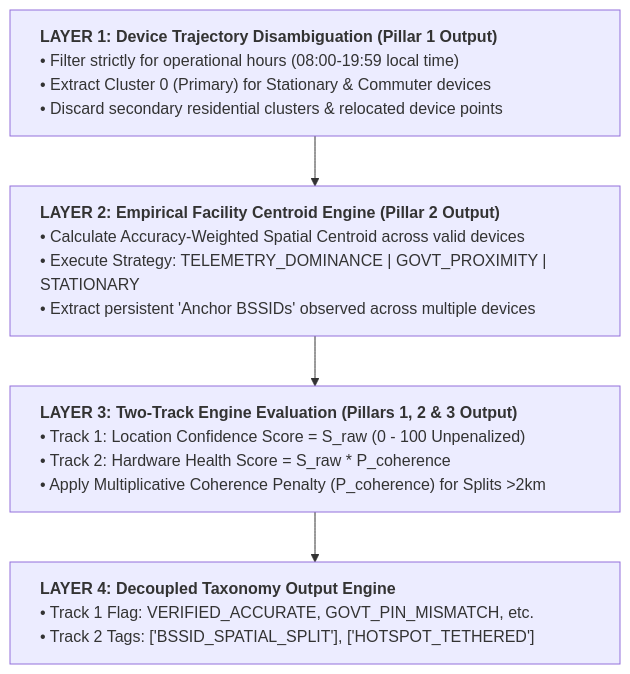
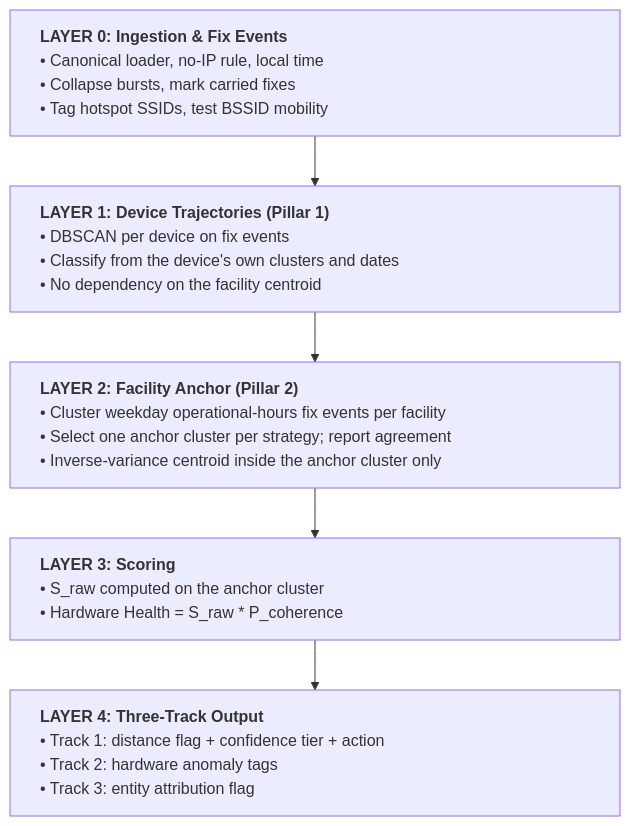
The first of 5 diagrams in docs/blueprint/technical_blueprint.md (unicef/gigameter-research), drawn with Mermaid before and after one commit. The commit also changed other lines of this file and 10 other files, not shown here.

````diff
--- a/docs/blueprint/technical_blueprint.md
+++ b/docs/blueprint/technical_blueprint.md
@@ -40,14 +58,14 @@
 ```mermaid
 graph TD
-    L1["<div style='width: 550px; text-align: left;'><b>LAYER 1: Device Trajectory Disambiguation (Pillar 1 Output)</b><br/>• Filter strictly for operational hours (08:00-19:59 local time)<br/>• Extract Cluster 0 (Primary) for Stationary & Commuter devices<br/>• Discard secondary residential clusters & relocated device points</div>"]
-    
-    L2["<div style='width: 550px; text-align: left;'><b>LAYER 2: Empirical Facility Centroid Engine (Pillar 2 Output)</b><br/>• Calculate Accuracy-Weighted Spatial Centroid across valid devices<br/>• Execute Strategy: TELEMETRY_DOMINANCE | GOVT_PROXIMITY | STATIONARY<br/>• Extract persistent 'Anchor BSSIDs' observed across multiple devices</div>"]
-    
-    L3["<div style='width: 550px; text-align: left;'><b>LAYER 3: Two-Track Engine Evaluation (Pillars 1, 2 & 3 Output)</b><br/>• Track 1: Location Confidence Score = S_raw (0 - 100 Unpenalized)<br/>• Track 2: Hardware Health Score = S_raw * P_coherence<br/>• Apply Multiplicative Coherence Penalty (P_coherence) for Splits >2km</div>"]
-    
-    L4["<div style='width: 550px; text-align: left;'><b>LAYER 4: Decoupled Taxonomy Output Engine</b><br/>• Track 1 Flag: VERIFIED_ACCURATE, GOVT_PIN_MISMATCH, etc.<br/>• Track 2 Tags: ['BSSID_SPATIAL_SPLIT'], ['HOTSPOT_TETHERED']</div>"]
+    L0["<div style='width: 550px; text-align: left;'><b>LAYER 0: Ingestion & Fix Events</b><br/>• Canonical loader, no-IP rule, local time<br/>• Collapse bursts, mark carried fixes<br/>• Tag hotspot SSIDs, test BSSID mobility</div>"]
 
-    L1 --> L2
-    L2 --> L3
-    L3 --> L4
+    L1["<div style='width: 550px; text-align: left;'><b>LAYER 1: Device Trajectories (Pillar 1)</b><br/>• DBSCAN per device on fix events<br/>• Classify from the device's own clusters and dates<br/>• No dependency on the facility centroid</div>"]
+
+    L2["<div style='width: 550px; text-align: left;'><b>LAYER 2: Facility Anchor (Pillar 2)</b><br/>• Cluster weekday operational-hours fix events per facility<br/>• Select one anchor cluster per strategy; report agreement<br/>• Inverse-variance centroid inside the anchor cluster only</div>"]
+
+    L3["<div style='width: 550px; text-align: left;'><b>LAYER 3: Scoring</b><br/>• S_raw computed on the anchor cluster<br/>• Hardware Health = S_raw * P_coherence</div>"]
+
+    L4["<div style='width: 550px; text-align: left;'><b>LAYER 4: Three-Track Output</b><br/>• Track 1: distance flag + confidence tier + action<br/>• Track 2: hardware anomaly tags<br/>• Track 3: entity attribution flag</div>"]
+
+    L0 --> L1 --> L2 --> L3 --> L4
 ```
````
